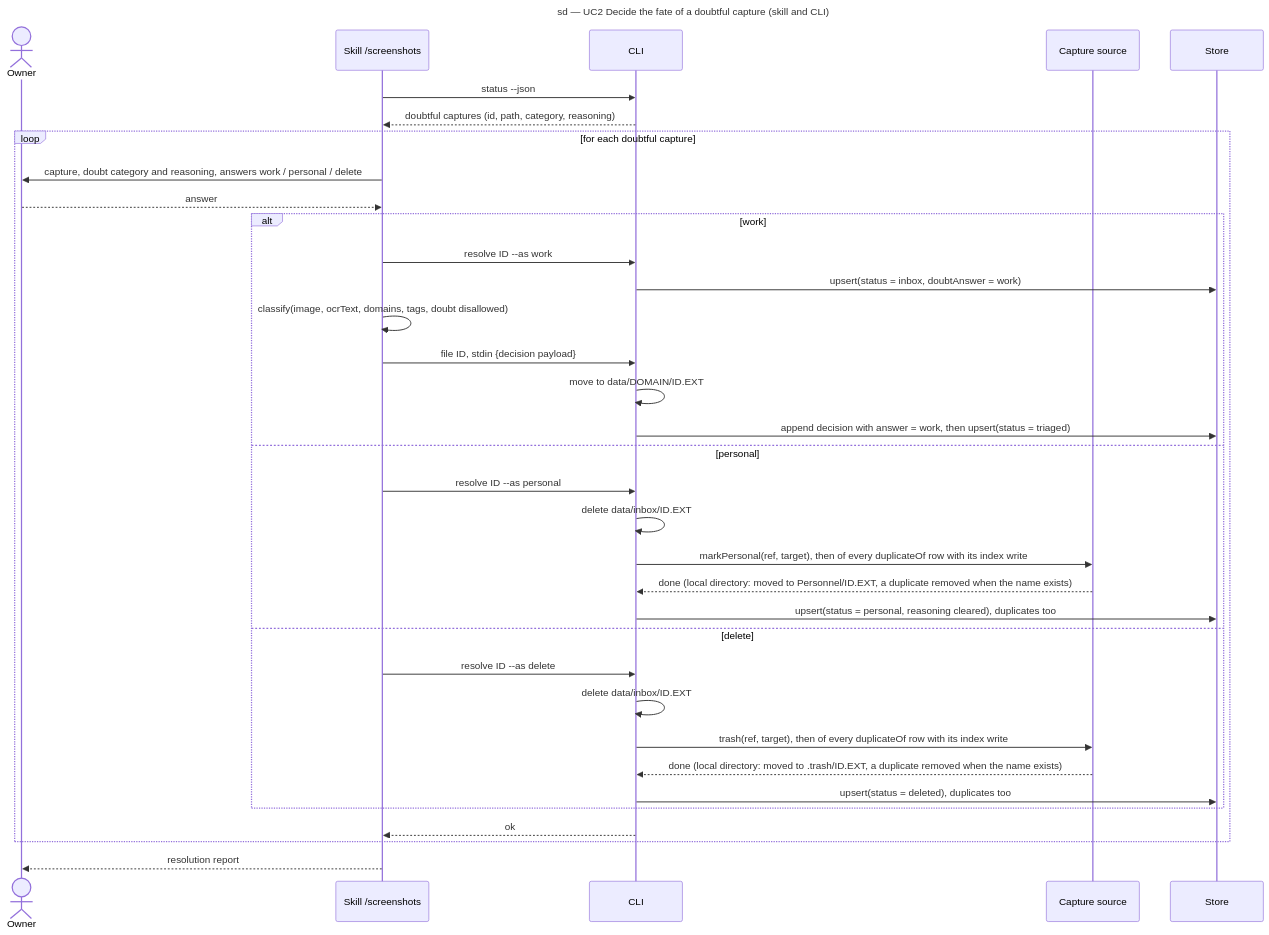
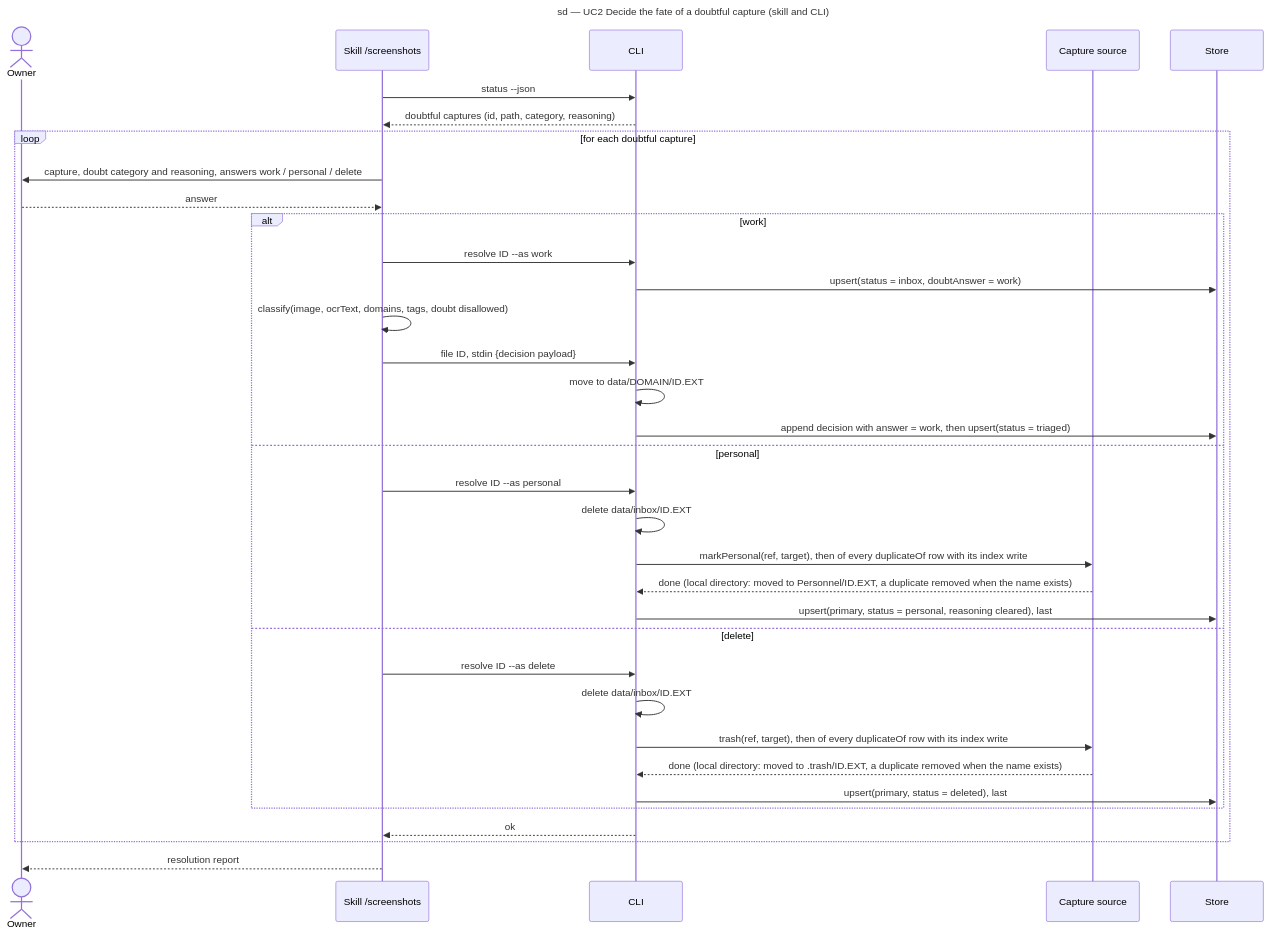
One commit to benoit-bremaud/screenshot-triage changed the diagram in docs/architecture/diagrams/triage/02-sequence-resolve-doubt.md. Above: the diagram before and after it, drawn with Mermaid. The commit also changed 10 other files, not shown here.

````diff
--- a/docs/architecture/diagrams/triage/02-sequence-resolve-doubt.md
+++ b/docs/architecture/diagrams/triage/02-sequence-resolve-doubt.md
@@ -14,37 +14,37 @@
 ```mermaid
 sequenceDiagram
   title sd — UC2 Decide the fate of a doubtful capture (skill and CLI)
   actor Owner
   participant Skill as Skill /screenshots
   participant CLI as CLI
   participant Source as Capture source
   participant Store as Store
   Skill->>CLI: status --json
   CLI-->>Skill: doubtful captures (id, path, category, reasoning)
   loop for each doubtful capture
     Skill->>Owner: capture, doubt category and reasoning, answers work / personal / delete
     Owner-->>Skill: answer
     alt work
       Skill->>CLI: resolve ID --as work
       CLI->>Store: upsert(status = inbox, doubtAnswer = work)
       Skill->>Skill: classify(image, ocrText, domains, tags, doubt disallowed)
       Skill->>CLI: file ID, stdin {decision payload}
       CLI->>CLI: move to data/DOMAIN/ID.EXT
       CLI->>Store: append decision with answer = work, then upsert(status = triaged)
     else personal
       Skill->>CLI: resolve ID --as personal
       CLI->>CLI: delete data/inbox/ID.EXT
       CLI->>Source: markPersonal(ref, target), then of every duplicateOf row with its index write
       Source-->>CLI: done (local directory: moved to Personnel/ID.EXT, a duplicate removed when the name exists)
-      CLI->>Store: upsert(status = personal, reasoning cleared), duplicates too
+      CLI->>Store: upsert(primary, status = personal, reasoning cleared), last
     else delete
       Skill->>CLI: resolve ID --as delete
       CLI->>CLI: delete data/inbox/ID.EXT
       CLI->>Source: trash(ref, target), then of every duplicateOf row with its index write
       Source-->>CLI: done (local directory: moved to .trash/ID.EXT, a duplicate removed when the name exists)
-      CLI->>Store: upsert(status = deleted), duplicates too
+      CLI->>Store: upsert(primary, status = deleted), last
     end
     CLI-->>Skill: ok
   end
   Skill-->>Owner: resolution report
 ```
````
